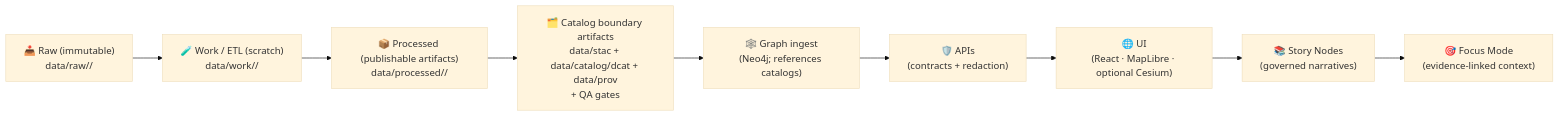
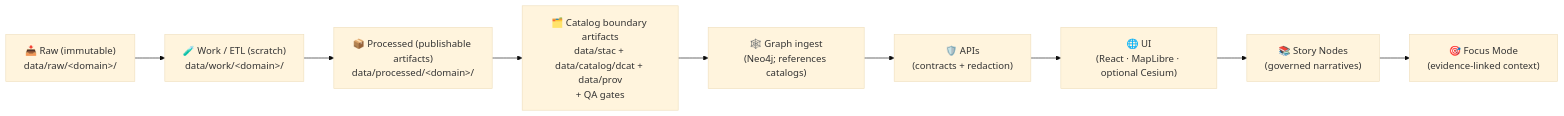
One commit to bartytime4life/Kansas-Frontier-Matrix changed the first of 2 diagrams in tools/README.md. Above: the diagram before and after it, drawn with Mermaid (base theme). The commit also changed other lines of this file, not shown here.

````diff
--- a/tools/README.md
+++ b/tools/README.md
@@ -177,11 +178,11 @@
 ```mermaid
 flowchart LR
-  A["📥 Raw (immutable)<br/>data/raw/<domain>/"] --> B["🧪 Work / ETL (scratch)<br/>data/work/<domain>/"]
-  B --> C["📦 Processed (publishable artifacts)<br/>data/processed/<domain>/"]
+  A["📥 Raw (immutable)<br/>data/raw/&lt;domain&gt;/"] --> B["🧪 Work / ETL (scratch)<br/>data/work/&lt;domain&gt;/"]
+  B --> C["📦 Processed (publishable artifacts)<br/>data/processed/&lt;domain&gt;/"]
   C --> D["🗂️ Catalog boundary artifacts<br/>data/stac + data/catalog/dcat + data/prov<br/>+ QA gates"]
   D --> E["🕸️ Graph ingest<br/>(Neo4j; references catalogs)"]
   E --> F["🛡️ APIs<br/>(contracts + redaction)"]
   F --> G["🌐 UI<br/>(React · MapLibre · optional Cesium)"]
   G --> H["📚 Story Nodes<br/>(governed narratives)"]
   H --> I["🎯 Focus Mode<br/>(evidence-linked context)"]
 ```
````
